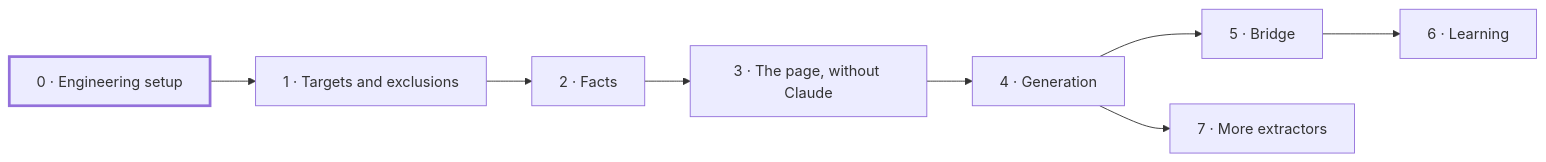
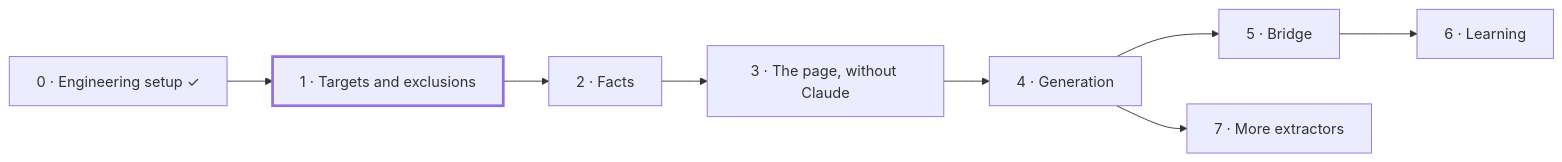
One commit to mohamed-abdelsattar92/codetrail changed the sixth of 6 diagrams in README.md. Above: the diagram before and after it, drawn with Mermaid. The commit also changed other lines of this file and 3 other files, not shown here.

First line of the commit message:
docs(docs): describe the engineering setup

````diff
--- a/README.md
+++ b/README.md
@@ -236,11 +236,11 @@
 ```mermaid
 flowchart LR
-    P0["0 · Engineering setup"]:::next --> P1["1 · Targets and exclusions"]
+    P0["0 · Engineering setup ✓"] --> P1["1 · Targets and exclusions"]:::next
     P1 --> P2["2 · Facts"]
     P2 --> P3["3 · The page, without Claude"]
     P3 --> P4["4 · Generation"]
     P4 --> P5["5 · Bridge"]
     P5 --> P6["6 · Learning"]
     P4 --> P7["7 · More extractors"]
     classDef next stroke-width:3px
 ```
````
